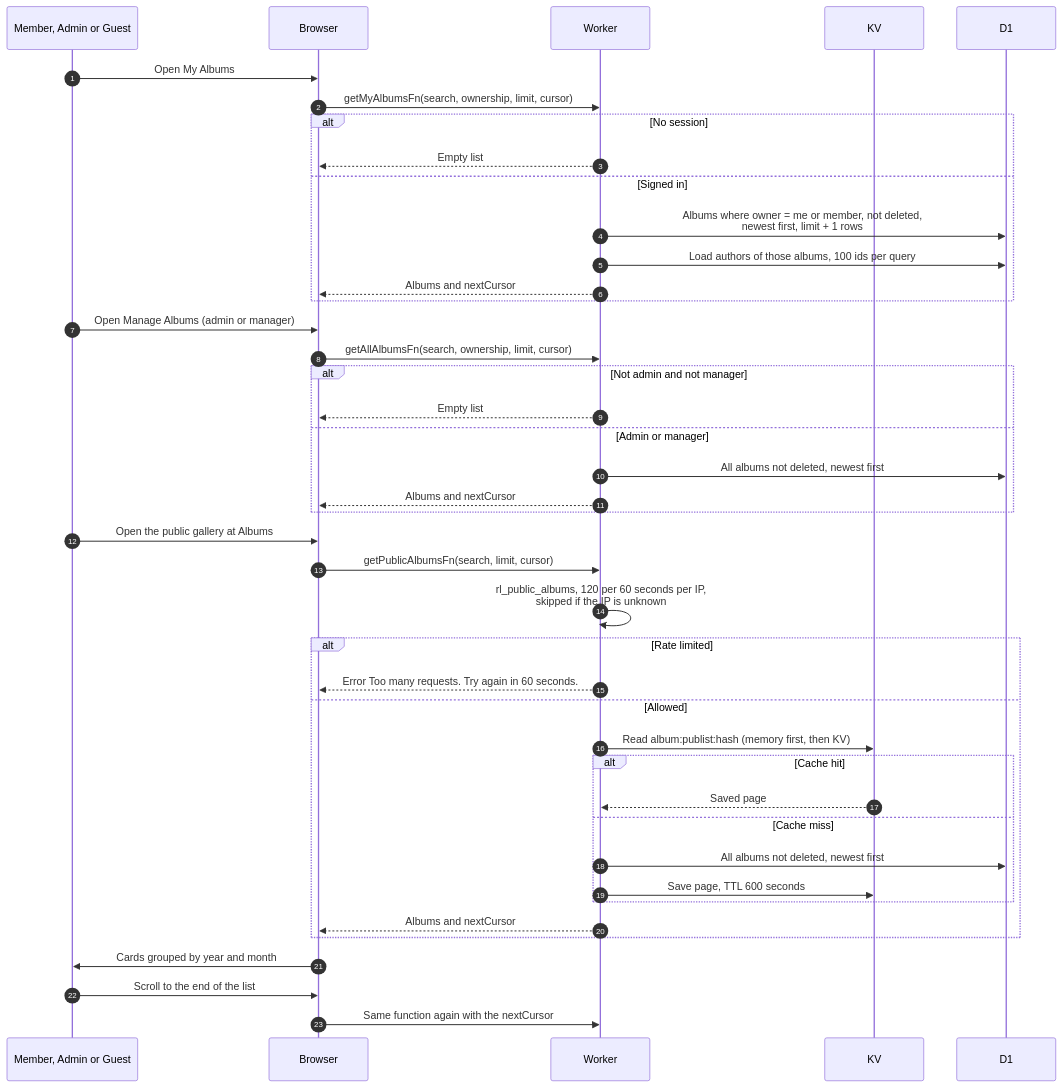
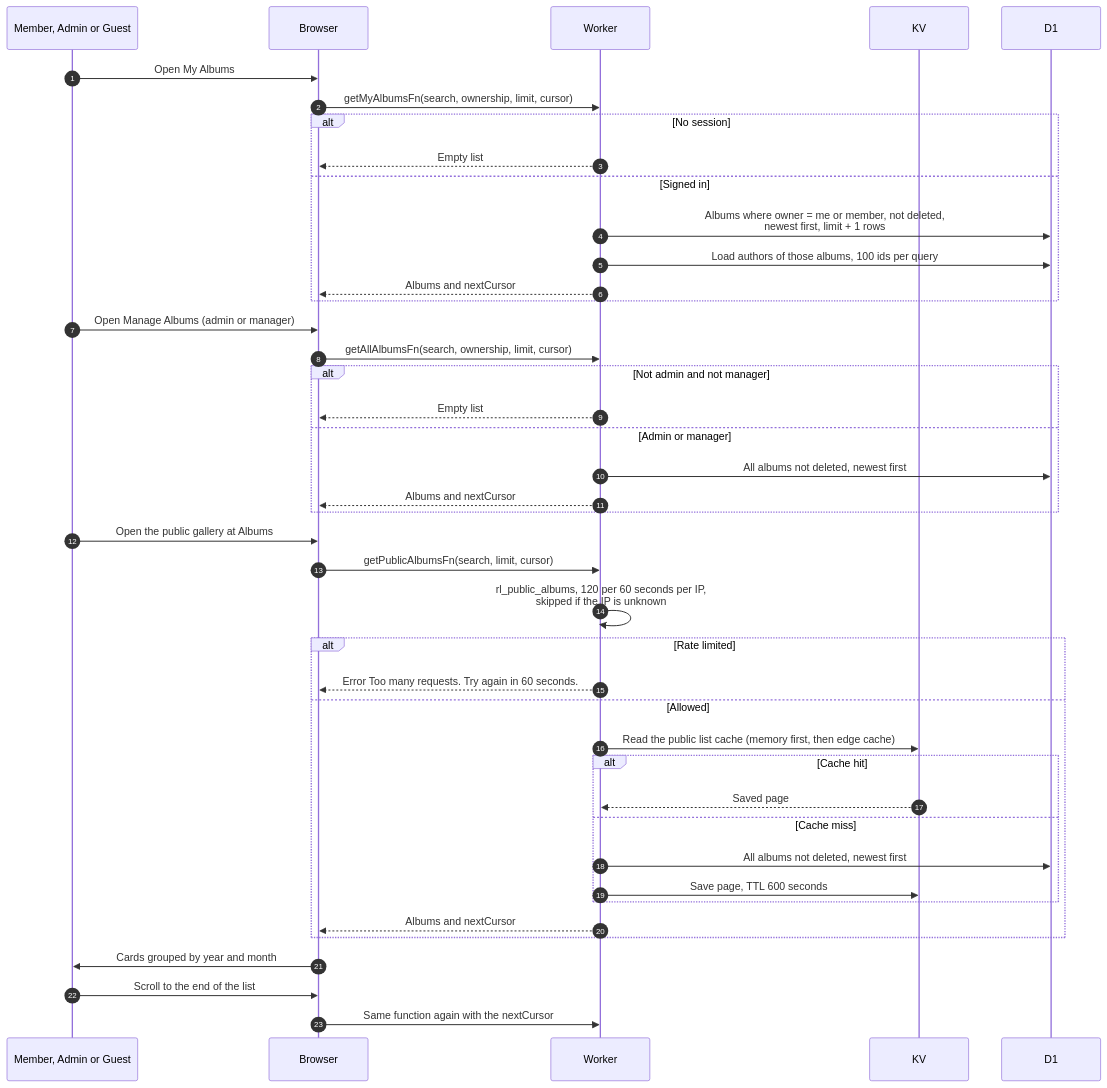
The diagram in docs/scenarios/albums/list-albums.md (sagyzdop/meriksirat), drawn with Mermaid before and after one commit. The commit also changed other lines of this file and 18 other files, not shown here.

````diff
--- a/docs/scenarios/albums/list-albums.md
+++ b/docs/scenarios/albums/list-albums.md
@@ -17,44 +17,44 @@
 ```mermaid
 sequenceDiagram
     autonumber
     participant U as Member, Admin or Guest
     participant B as Browser
     participant W as Worker
     participant K as KV
     participant D as D1
     U->>B: Open My Albums
     B->>W: getMyAlbumsFn(search, ownership, limit, cursor)
     alt No session
         W-->>B: Empty list
     else Signed in
         W->>D: Albums where owner = me or member, not deleted,<br/>newest first, limit + 1 rows
         W->>D: Load authors of those albums, 100 ids per query
         W-->>B: Albums and nextCursor
     end
     U->>B: Open Manage Albums (admin or manager)
     B->>W: getAllAlbumsFn(search, ownership, limit, cursor)
     alt Not admin and not manager
         W-->>B: Empty list
     else Admin or manager
         W->>D: All albums not deleted, newest first
         W-->>B: Albums and nextCursor
     end
     U->>B: Open the public gallery at Albums
     B->>W: getPublicAlbumsFn(search, limit, cursor)
     W->>W: rl_public_albums, 120 per 60 seconds per IP,<br/>skipped if the IP is unknown
     alt Rate limited
         W-->>B: Error Too many requests. Try again in 60 seconds.
     else Allowed
-        W->>K: Read album:publist:hash (memory first, then KV)
+        W->>K: Read the public list cache (memory first, then edge cache)
         alt Cache hit
             K-->>W: Saved page
         else Cache miss
             W->>D: All albums not deleted, newest first
             W->>K: Save page, TTL 600 seconds
         end
         W-->>B: Albums and nextCursor
     end
     B->>U: Cards grouped by year and month
     U->>B: Scroll to the end of the list
     B->>W: Same function again with the nextCursor
 ```
````
